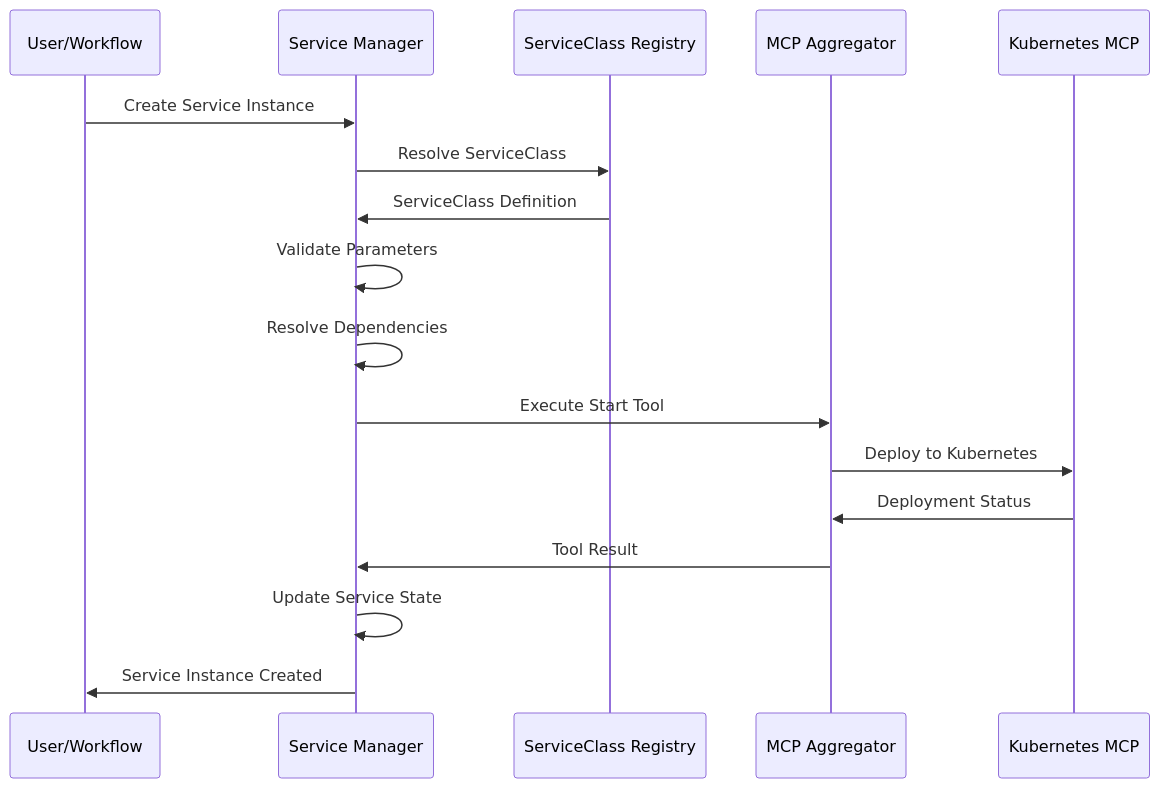
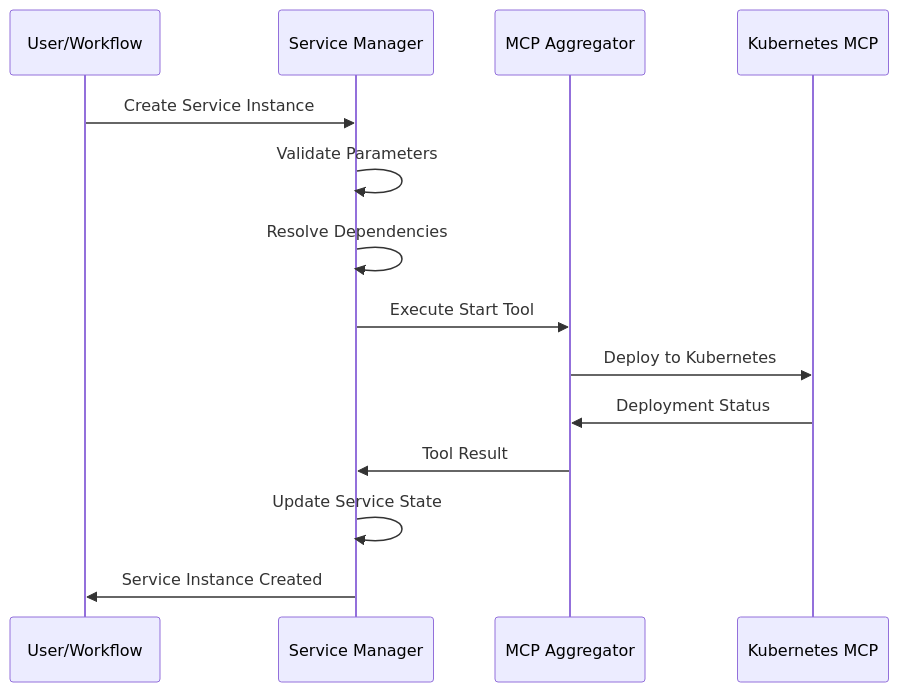
One commit to giantswarm/muster changed the second of 2 diagrams in docs/explanation/orchestration.md. Above: the diagram before and after it, drawn with Mermaid. The commit also changed other lines of this file and 52 other files, not shown here.

````diff
--- a/docs/explanation/orchestration.md
+++ b/docs/explanation/orchestration.md
@@ -156,20 +66,17 @@
 ```mermaid
 sequenceDiagram
     participant U as User/Workflow
     participant SM as Service Manager
-    participant SC as ServiceClass Registry
     participant MCPAgg as MCP Aggregator
     participant K8s as Kubernetes MCP
 
     U->>SM: Create Service Instance
-    SM->>SC: Resolve ServiceClass
-    SC->>SM: ServiceClass Definition
     SM->>SM: Validate Parameters
     SM->>SM: Resolve Dependencies
     SM->>MCPAgg: Execute Start Tool
     MCPAgg->>K8s: Deploy to Kubernetes
     K8s->>MCPAgg: Deployment Status
     MCPAgg->>SM: Tool Result
     SM->>SM: Update Service State
     SM->>U: Service Instance Created
 ```
````
